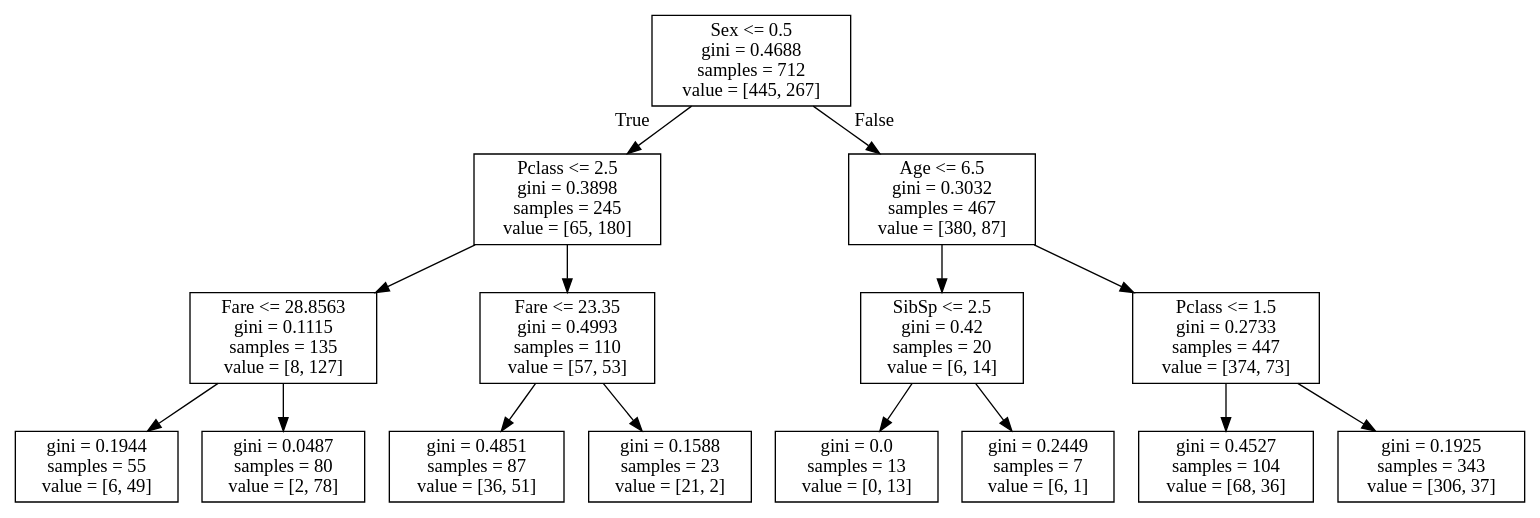
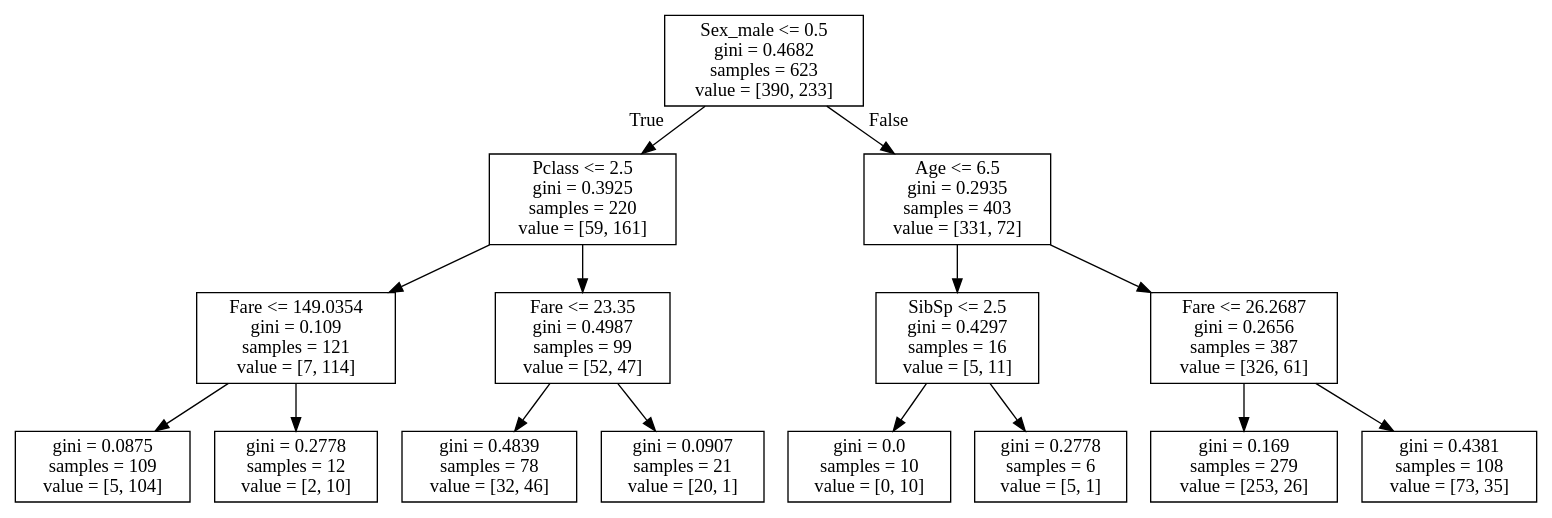
The diagram in treewithlargetrain.dot (bhavesh0009/Titanic), drawn with Graphviz before and after one commit. The commit also changed 20 other files, not shown here.

```diff
--- a/treewithlargetrain.dot
+++ b/treewithlargetrain.dot
@@ -1,32 +1,32 @@
 digraph Tree {
 node [shape=box] ;
-0 [label="Sex <= 0.5\ngini = 0.4688\nsamples = 712\nvalue = [445, 267]"] ;
-1 [label="Pclass <= 2.5\ngini = 0.3898\nsamples = 245\nvalue = [65, 180]"] ;
+0 [label="Sex_male <= 0.5\ngini = 0.4682\nsamples = 623\nvalue = [390, 233]"] ;
+1 [label="Pclass <= 2.5\ngini = 0.3925\nsamples = 220\nvalue = [59, 161]"] ;
 0 -> 1 [labeldistance=2.5, labelangle=45, headlabel="True"] ;
-2 [label="Fare <= 28.8563\ngini = 0.1115\nsamples = 135\nvalue = [8, 127]"] ;
+2 [label="Fare <= 149.0354\ngini = 0.109\nsamples = 121\nvalue = [7, 114]"] ;
 1 -> 2 ;
-3 [label="gini = 0.1944\nsamples = 55\nvalue = [6, 49]"] ;
+3 [label="gini = 0.0875\nsamples = 109\nvalue = [5, 104]"] ;
 2 -> 3 ;
-4 [label="gini = 0.0487\nsamples = 80\nvalue = [2, 78]"] ;
+4 [label="gini = 0.2778\nsamples = 12\nvalue = [2, 10]"] ;
 2 -> 4 ;
-5 [label="Fare <= 23.35\ngini = 0.4993\nsamples = 110\nvalue = [57, 53]"] ;
+5 [label="Fare <= 23.35\ngini = 0.4987\nsamples = 99\nvalue = [52, 47]"] ;
 1 -> 5 ;
-6 [label="gini = 0.4851\nsamples = 87\nvalue = [36, 51]"] ;
+6 [label="gini = 0.4839\nsamples = 78\nvalue = [32, 46]"] ;
 5 -> 6 ;
-7 [label="gini = 0.1588\nsamples = 23\nvalue = [21, 2]"] ;
+7 [label="gini = 0.0907\nsamples = 21\nvalue = [20, 1]"] ;
 5 -> 7 ;
-8 [label="Age <= 6.5\ngini = 0.3032\nsamples = 467\nvalue = [380, 87]"] ;
+8 [label="Age <= 6.5\ngini = 0.2935\nsamples = 403\nvalue = [331, 72]"] ;
 0 -> 8 [labeldistance=2.5, labelangle=-45, headlabel="False"] ;
-9 [label="SibSp <= 2.5\ngini = 0.42\nsamples = 20\nvalue = [6, 14]"] ;
+9 [label="SibSp <= 2.5\ngini = 0.4297\nsamples = 16\nvalue = [5, 11]"] ;
 8 -> 9 ;
-10 [label="gini = 0.0\nsamples = 13\nvalue = [0, 13]"] ;
+10 [label="gini = 0.0\nsamples = 10\nvalue = [0, 10]"] ;
 9 -> 10 ;
-11 [label="gini = 0.2449\nsamples = 7\nvalue = [6, 1]"] ;
+11 [label="gini = 0.2778\nsamples = 6\nvalue = [5, 1]"] ;
 9 -> 11 ;
-12 [label="Pclass <= 1.5\ngini = 0.2733\nsamples = 447\nvalue = [374, 73]"] ;
+12 [label="Fare <= 26.2687\ngini = 0.2656\nsamples = 387\nvalue = [326, 61]"] ;
 8 -> 12 ;
-13 [label="gini = 0.4527\nsamples = 104\nvalue = [68, 36]"] ;
+13 [label="gini = 0.169\nsamples = 279\nvalue = [253, 26]"] ;
 12 -> 13 ;
-14 [label="gini = 0.1925\nsamples = 343\nvalue = [306, 37]"] ;
+14 [label="gini = 0.4381\nsamples = 108\nvalue = [73, 35]"] ;
 12 -> 14 ;
 }
```
